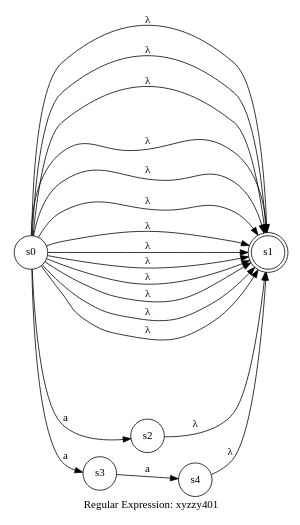
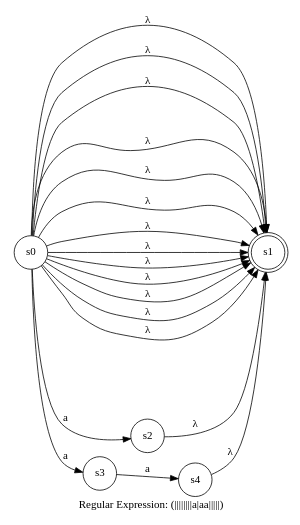
The diagram in ref/nfa_0022.gv (pschlump/lexie), drawn with Graphviz before and after one commit. The commit also changed 70 other files, not shown here.

```diff
--- a/ref/nfa_0022.gv
+++ b/ref/nfa_0022.gv
@@ -1,25 +1,25 @@
 digraph finite_state_machine {
-	label="Regular Expression: xyzzy401";
+	label="Regular Expression: (||||||||a|aa|||||)";
 	rankdir=LR;
 	size="8,5"
 	node [shape = doublecircle]; s1;
 	node [shape = circle];
 	s0 -> s1 [ label = "λ" ];
 	s0 -> s1 [ label = "λ" ];
 	s0 -> s1 [ label = "λ" ];
 	s0 -> s1 [ label = "λ" ];
 	s0 -> s1 [ label = "λ" ];
 	s0 -> s1 [ label = "λ" ];
 	s0 -> s1 [ label = "λ" ];
 	s0 -> s1 [ label = "λ" ];
 	s0 -> s2 [ label = "a" ];
 	s0 -> s3 [ label = "a" ];
 	s0 -> s1 [ label = "λ" ];
 	s0 -> s1 [ label = "λ" ];
 	s0 -> s1 [ label = "λ" ];
 	s0 -> s1 [ label = "λ" ];
 	s0 -> s1 [ label = "λ" ];
 	s2 -> s1 [ label = "λ" ];
 	s3 -> s4 [ label = "a" ];
 	s4 -> s1 [ label = "λ" ];
 }
```
